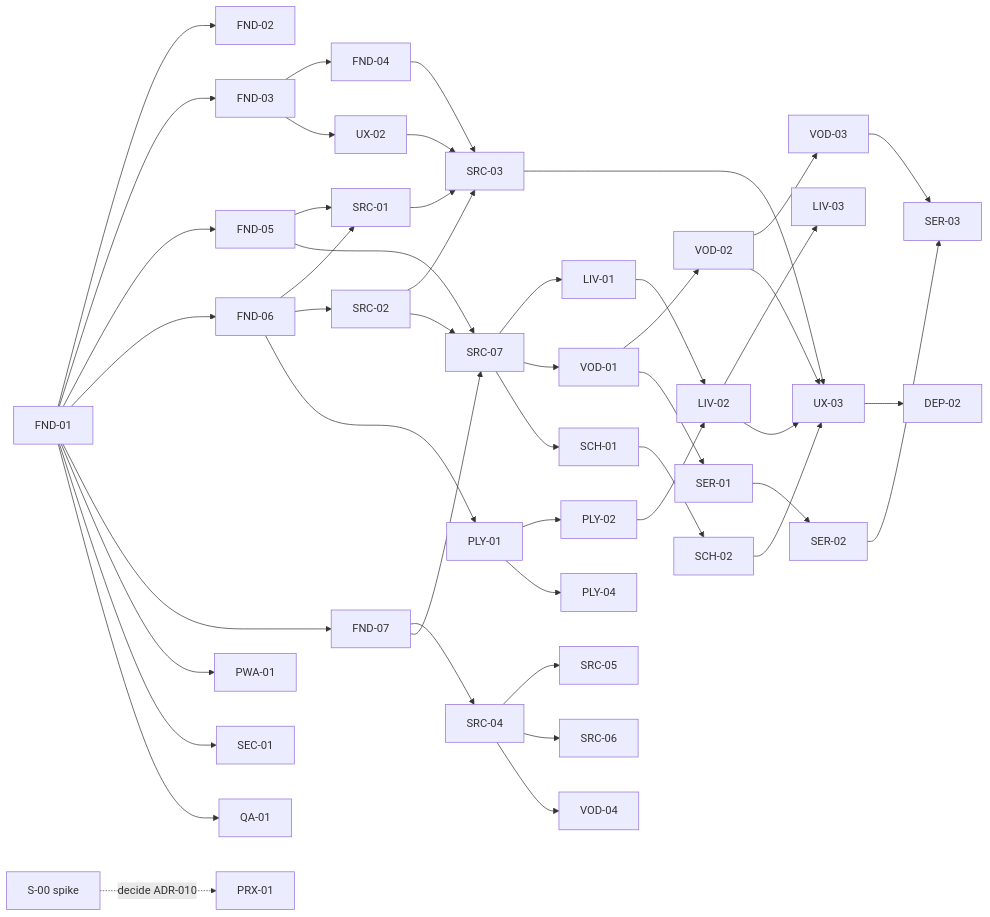
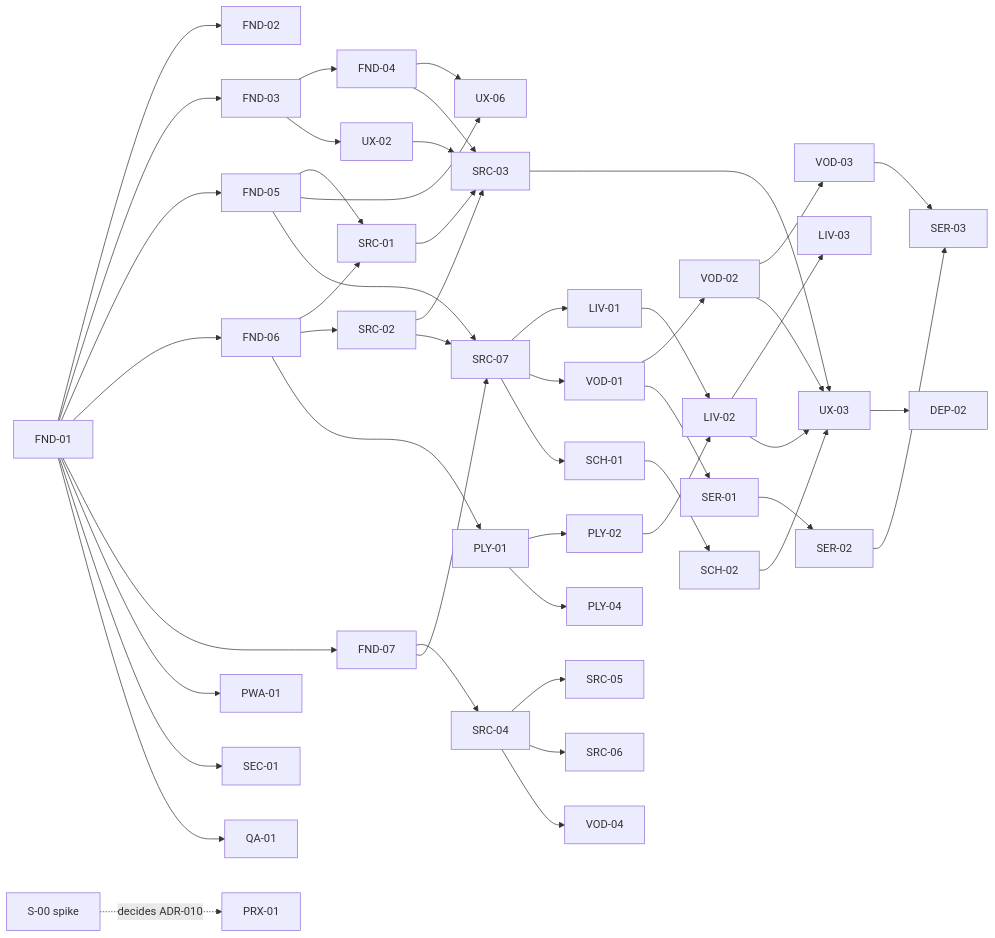
Before and after one commit to mariopires9/simple_iptv: the diagram in docs/BACKLOG.md, drawn with Mermaid. The commit also changed other lines of this file and 2 other files, not shown here.

````diff
--- a/docs/BACKLOG.md
+++ b/docs/BACKLOG.md
@@ -89,21 +90,22 @@
 ```mermaid
 flowchart LR
   FND01[FND-01] --> FND02[FND-02] & FND03[FND-03] & FND05[FND-05] & FND06[FND-06] & FND07[FND-07] & PWA01[PWA-01] & SEC01[SEC-01] & QA01[QA-01]
   FND03 --> FND04[FND-04] & UX02[UX-02]
   FND05 & FND06 --> SRC01[SRC-01]
   FND06 --> SRC02[SRC-02] & PLY01[PLY-01]
   FND07 --> SRC04[SRC-04]
+  FND04 & FND05 --> UX06[UX-06]
   SRC01 & SRC02 & FND04 & UX02 --> SRC03[SRC-03]
   SRC02 & FND05 & FND07 --> SRC07[SRC-07]
   SRC04 --> SRC05[SRC-05] & SRC06[SRC-06] & VOD04[VOD-04]
   PLY01 --> PLY02[PLY-02] & PLY04[PLY-04]
   SRC07 --> LIV01[LIV-01] & VOD01[VOD-01] & SCH01[SCH-01]
   LIV01 & PLY02 --> LIV02[LIV-02]
   LIV02 --> LIV03[LIV-03]
   VOD01 --> VOD02[VOD-02] & SER01[SER-01]
   VOD02 --> VOD03[VOD-03] --> SER03[SER-03]
   SER01 --> SER02[SER-02] --> SER03
   SCH01 --> SCH02[SCH-02]
   LIV02 & VOD02 & SCH02 & SRC03 --> UX03[UX-03] --> DEP02[DEP-02]
-  S00[S-00 spike] -.decide ADR-010.-> PRX01[PRX-01]
+  S00[S-00 spike] -.decides ADR-010.-> PRX01[PRX-01]
 ```
````
